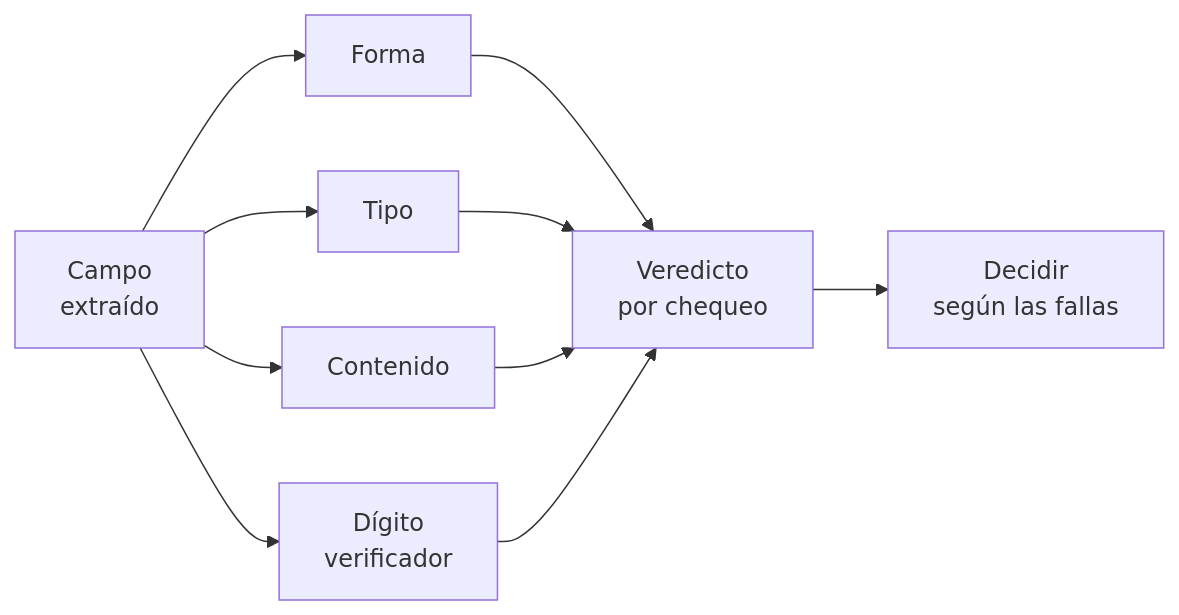
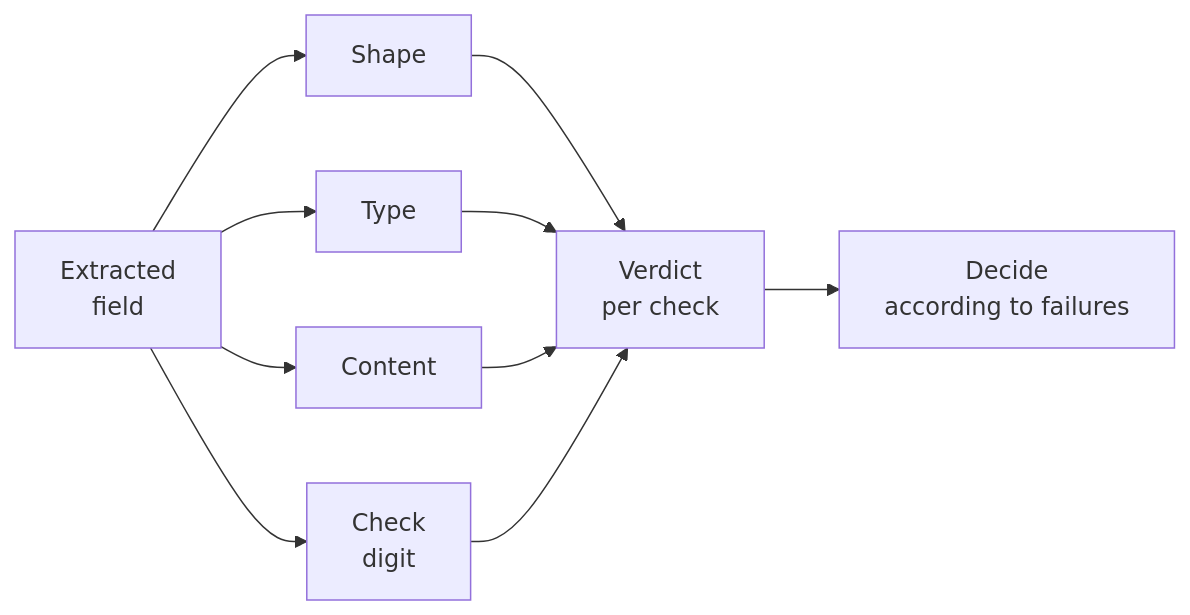
Before and after one commit to mariogarcia-ar/docflow: the eighth of 15 diagrams in README.md, drawn with Mermaid. The commit also changed other lines of this file, not shown here.

````diff
--- a/README.md
+++ b/README.md
@@ -266,12 +266,12 @@
 ```mermaid
 graph LR
-    A["Campo<br/>extraído"] --> B["Forma"]
-    A --> C["Tipo"]
-    A --> D["Contenido"]
-    A --> E["Dígito<br/>verificador"]
-    B --> F["Veredicto<br/>por chequeo"]
+    A["Extracted<br/>field"] --> B["Shape"]
+    A --> C["Type"]
+    A --> D["Content"]
+    A --> E["Check<br/>digit"]
+    B --> F["Verdict<br/>per check"]
     C --> F
     D --> F
     E --> F
-    F --> G["Decidir<br/>según las fallas"]
+    F --> G["Decide<br/>according to failures"]
 ```
````
